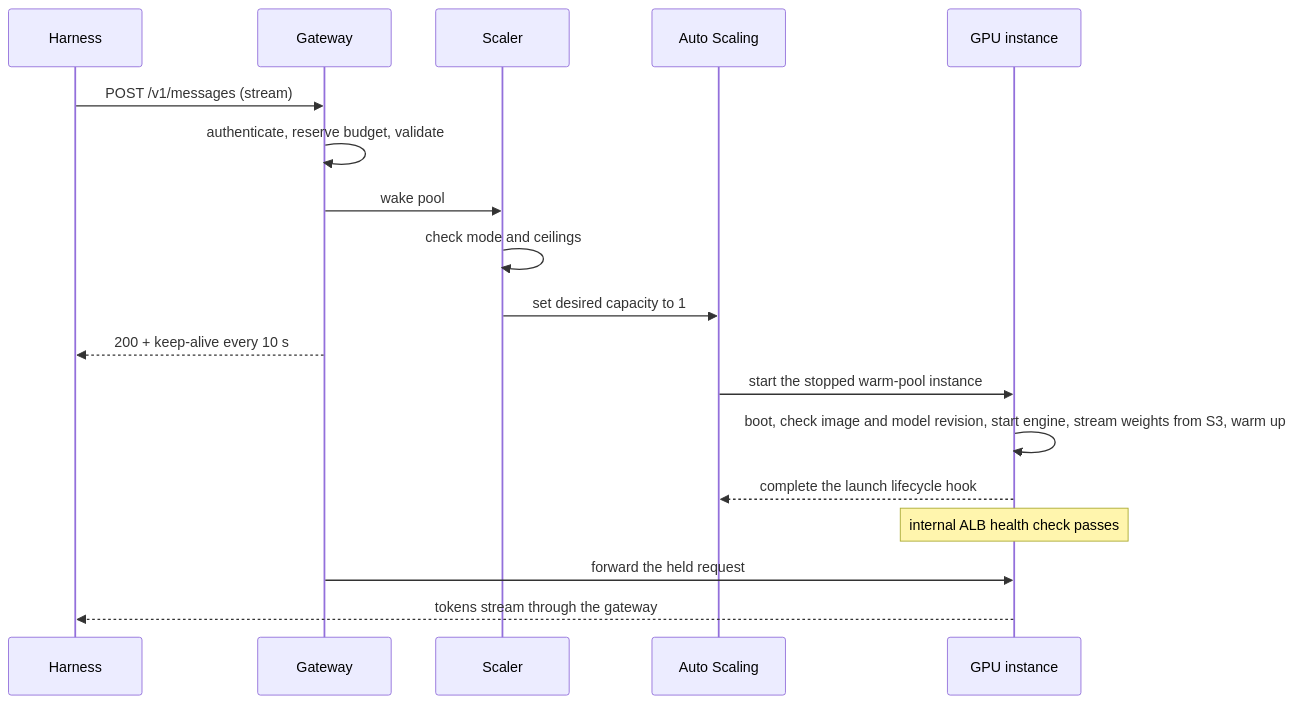
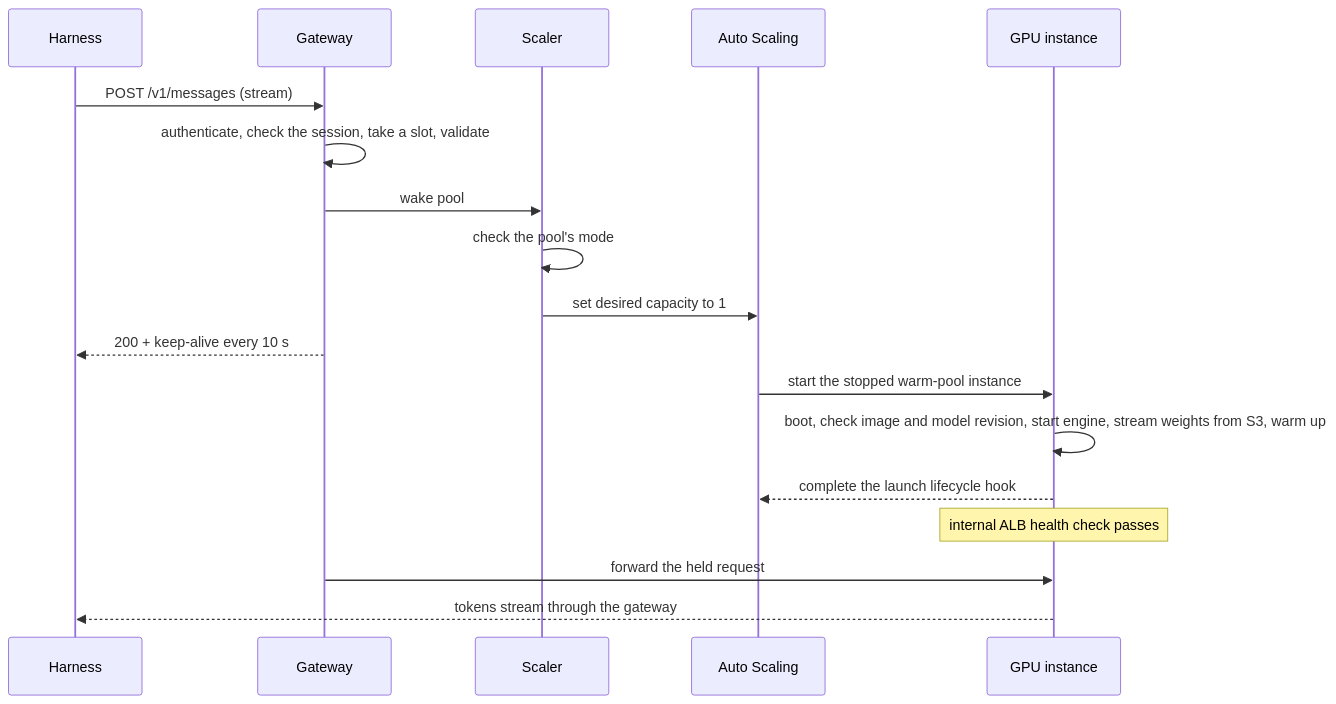
The second of 3 diagrams in docs/design/system-design.md (GuilhemBusset/research-harness-inference), drawn with Mermaid before and after one commit. The commit also changed other lines of this file and 12 other files, not shown here.

````diff
--- a/docs/design/system-design.md
+++ b/docs/design/system-design.md
@@ -141,20 +143,20 @@
 ```mermaid
 sequenceDiagram
   participant H as Harness
   participant G as Gateway
   participant S as Scaler
   participant A as Auto Scaling
   participant I as GPU instance
   H->>G: POST /v1/messages (stream)
-  G->>G: authenticate, reserve budget, validate
+  G->>G: authenticate, check the session, take a slot, validate
   G->>S: wake pool
-  S->>S: check mode and ceilings
+  S->>S: check the pool's mode
   S->>A: set desired capacity to 1
   G-->>H: 200 + keep-alive every 10 s
   A->>I: start the stopped warm-pool instance
   I->>I: boot, check image and model revision, start engine, stream weights from S3, warm up
   I-->>A: complete the launch lifecycle hook
   Note over I: internal ALB health check passes
   G->>I: forward the held request
   I-->>H: tokens stream through the gateway
 ```
````
